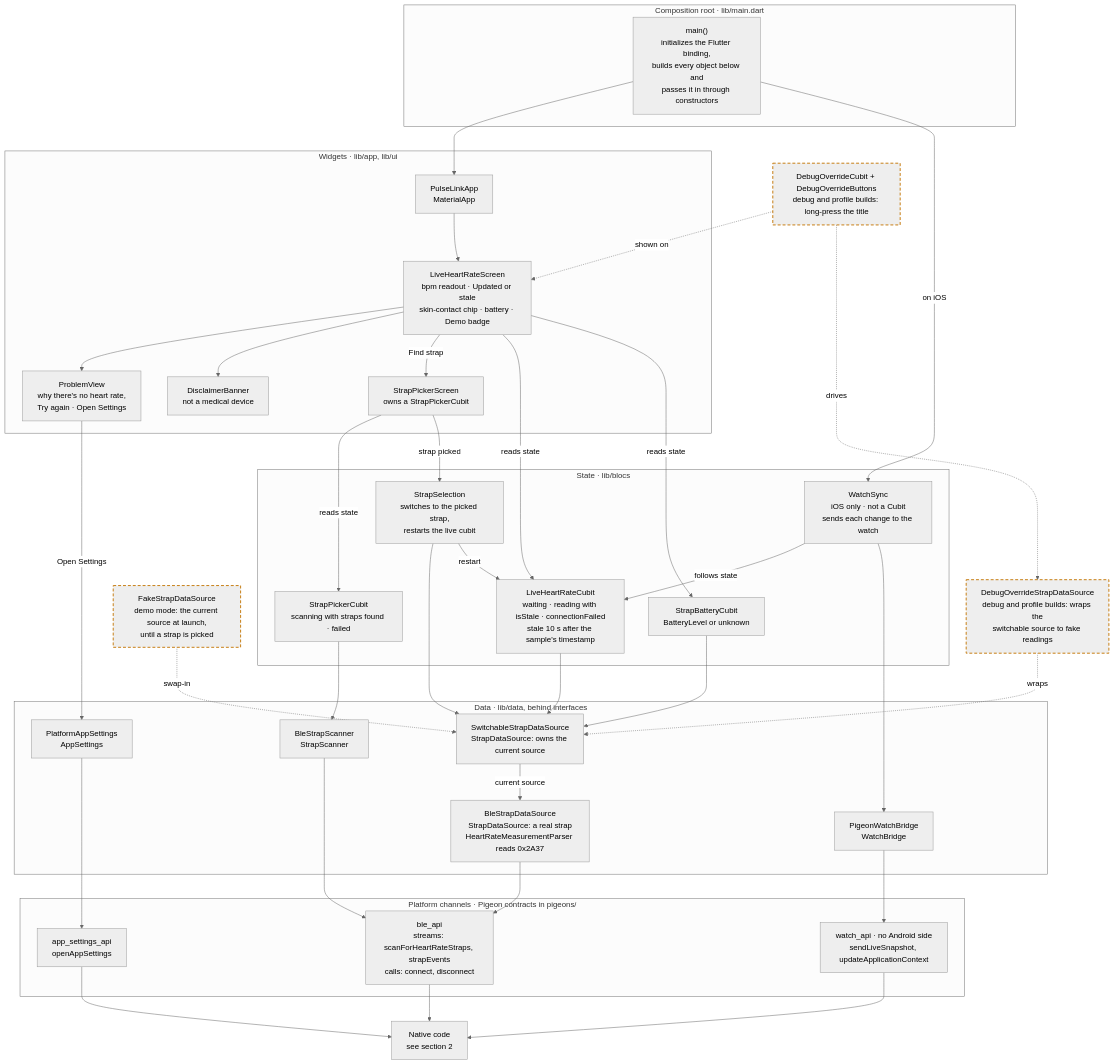
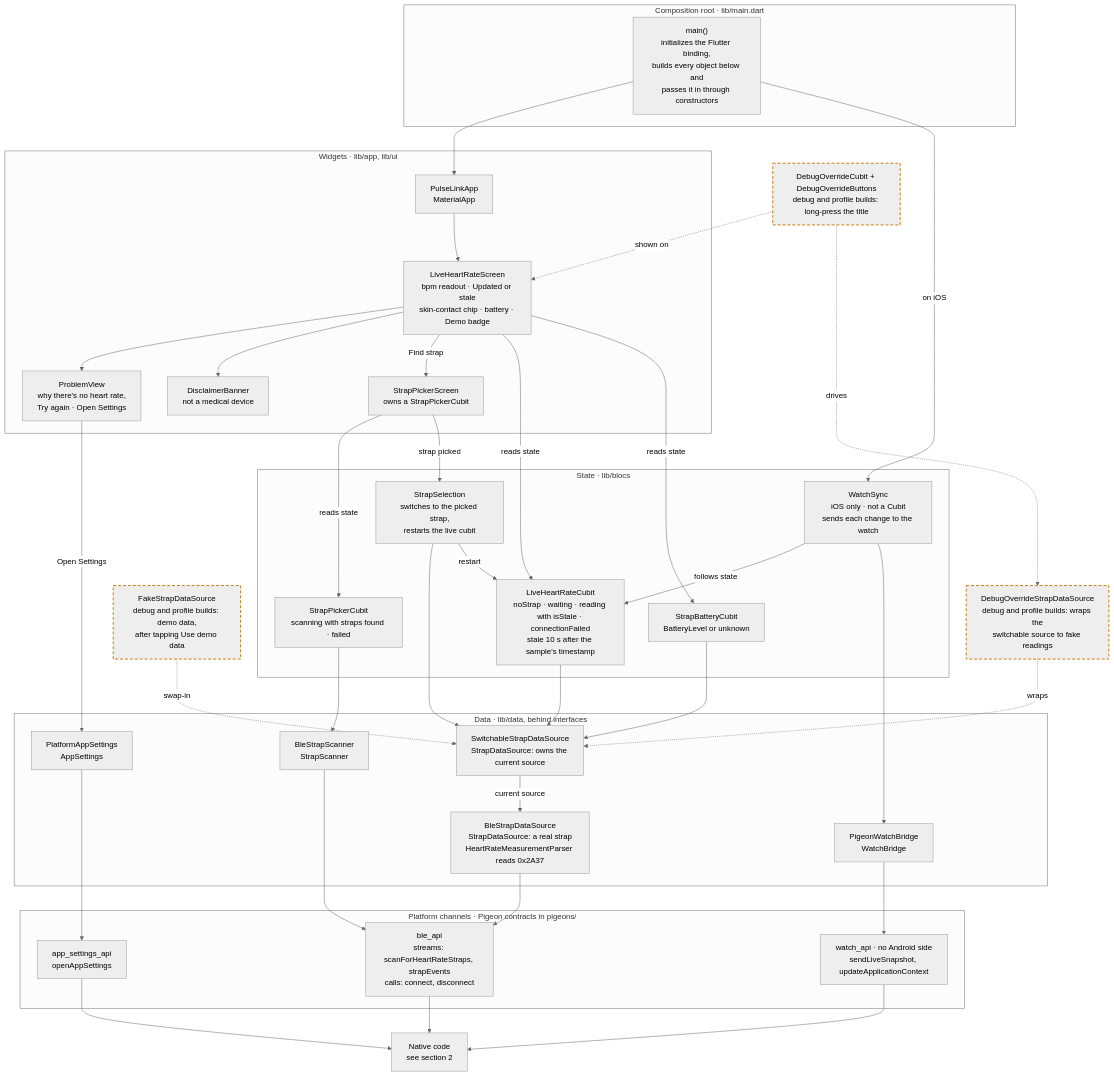
The first of 4 diagrams in docs/architecture.md (jpeckner/PulseLink), drawn with Mermaid (neutral theme) before and after one commit. The commit also changed other lines of this file and 45 other files, not shown here.

First line of the commit message:
feat(heart_rate_monitor): Milestone 6 - real data

````diff
--- a/docs/architecture.md
+++ b/docs/architecture.md
@@ -21,75 +21,75 @@
 ```mermaid
 flowchart TB
   subgraph ROOT["Composition root · lib/main.dart"]
     main["main()<br/>initializes the Flutter binding,<br/>builds every object below and<br/>passes it in through constructors"]
   end
 
   subgraph UI["Widgets · lib/app, lib/ui"]
     app["PulseLinkApp<br/>MaterialApp"]
     live["LiveHeartRateScreen<br/>bpm readout · Updated or stale<br/>skin-contact chip · battery · Demo badge"]
     problem["ProblemView<br/>why there's no heart rate,<br/>Try again · Open Settings"]
     disclaimer["DisclaimerBanner<br/>not a medical device"]
     picker["StrapPickerScreen<br/>owns a StrapPickerCubit"]
   end
 
   subgraph STATE["State · lib/blocs"]
-    lhr["LiveHeartRateCubit<br/>waiting · reading with isStale · connectionFailed<br/>stale 10 s after the sample's timestamp"]
+    lhr["LiveHeartRateCubit<br/>noStrap · waiting · reading with isStale · connectionFailed<br/>stale 10 s after the sample's timestamp"]
     battery["StrapBatteryCubit<br/>BatteryLevel or unknown"]
     pickerCubit["StrapPickerCubit<br/>scanning with straps found · failed"]
     selection["StrapSelection<br/>switches to the picked strap,<br/>restarts the live cubit"]
     sync["WatchSync<br/>iOS only · not a Cubit<br/>sends each change to the watch"]
   end
 
   subgraph DATA["Data · lib/data, behind interfaces"]
     switchable["SwitchableStrapDataSource<br/>StrapDataSource: owns the current source"]
     ble["BleStrapDataSource<br/>StrapDataSource: a real strap<br/>HeartRateMeasurementParser reads 0x2A37"]
     scanner["BleStrapScanner<br/>StrapScanner"]
     settings["PlatformAppSettings<br/>AppSettings"]
     bridge["PigeonWatchBridge<br/>WatchBridge"]
   end
 
   subgraph CHANNELS["Platform channels · Pigeon contracts in pigeons/"]
     bleApi["ble_api<br/>streams: scanForHeartRateStraps, strapEvents<br/>calls: connect, disconnect"]
     settingsApi["app_settings_api<br/>openAppSettings"]
     watchApi["watch_api · no Android side<br/>sendLiveSnapshot, updateApplicationContext"]
   end
 
   native["Native code<br/>see section 2"]
 
   main --> app
   main -- "on iOS" --> sync
   app --> live
   live --> problem
   live --> disclaimer
   live -- "Find strap" --> picker
   live -- "reads state" --> lhr
   live -- "reads state" --> battery
   picker -- "reads state" --> pickerCubit
   picker -- "strap picked" --> selection
   problem -- "Open Settings" --> settings
   selection --> switchable
   selection -- "restart" --> lhr
   lhr --> switchable
   battery --> switchable
   pickerCubit --> scanner
   sync -- "follows state" --> lhr
   sync --> bridge
   switchable -- "current source" --> ble
   ble --> bleApi
   scanner --> bleApi
   settings --> settingsApi
   bridge --> watchApi
   bleApi --> native
   settingsApi --> native
   watchApi --> native
 
-  fake["FakeStrapDataSource<br/>demo mode: the current source at launch,<br/>until a strap is picked"]:::swap
+  fake["FakeStrapDataSource<br/>debug and profile builds: demo data,<br/>after tapping Use demo data"]:::swap
   override["DebugOverrideStrapDataSource<br/>debug and profile builds: wraps the<br/>switchable source to fake readings"]:::swap
   overrideUi["DebugOverrideCubit + DebugOverrideButtons<br/>debug and profile builds: long-press the title"]:::swap
   fake -. "swap-in" .-> switchable
   override -. "wraps" .-> switchable
   overrideUi -. "drives" .-> override
   overrideUi -. "shown on" .-> live
 
   classDef swap stroke:#c77d12,stroke-width:2px,stroke-dasharray:6 4
 ```
````
